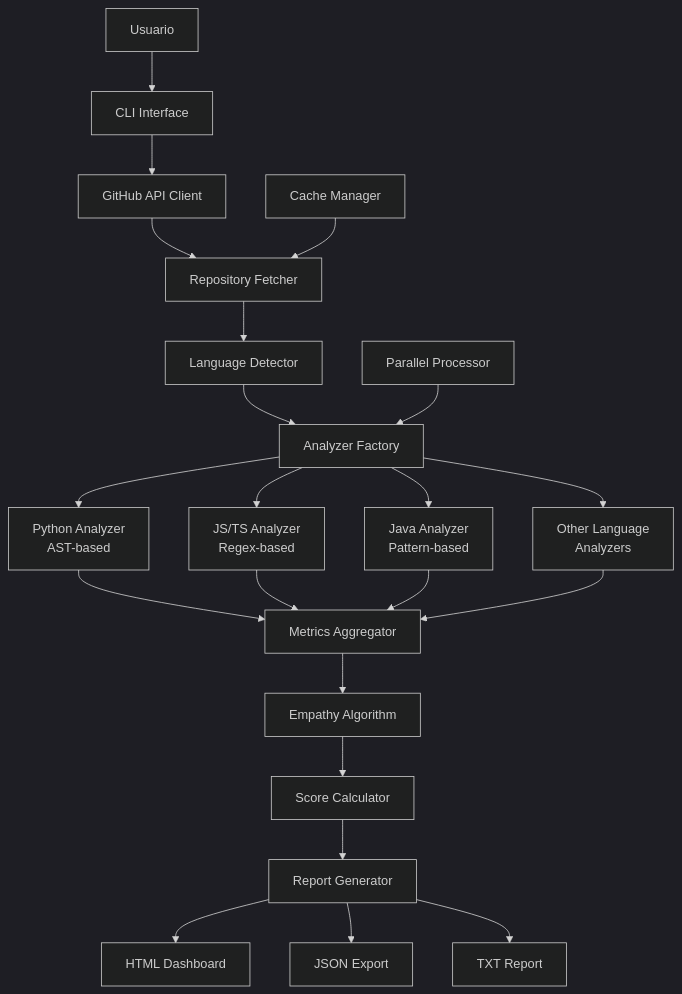
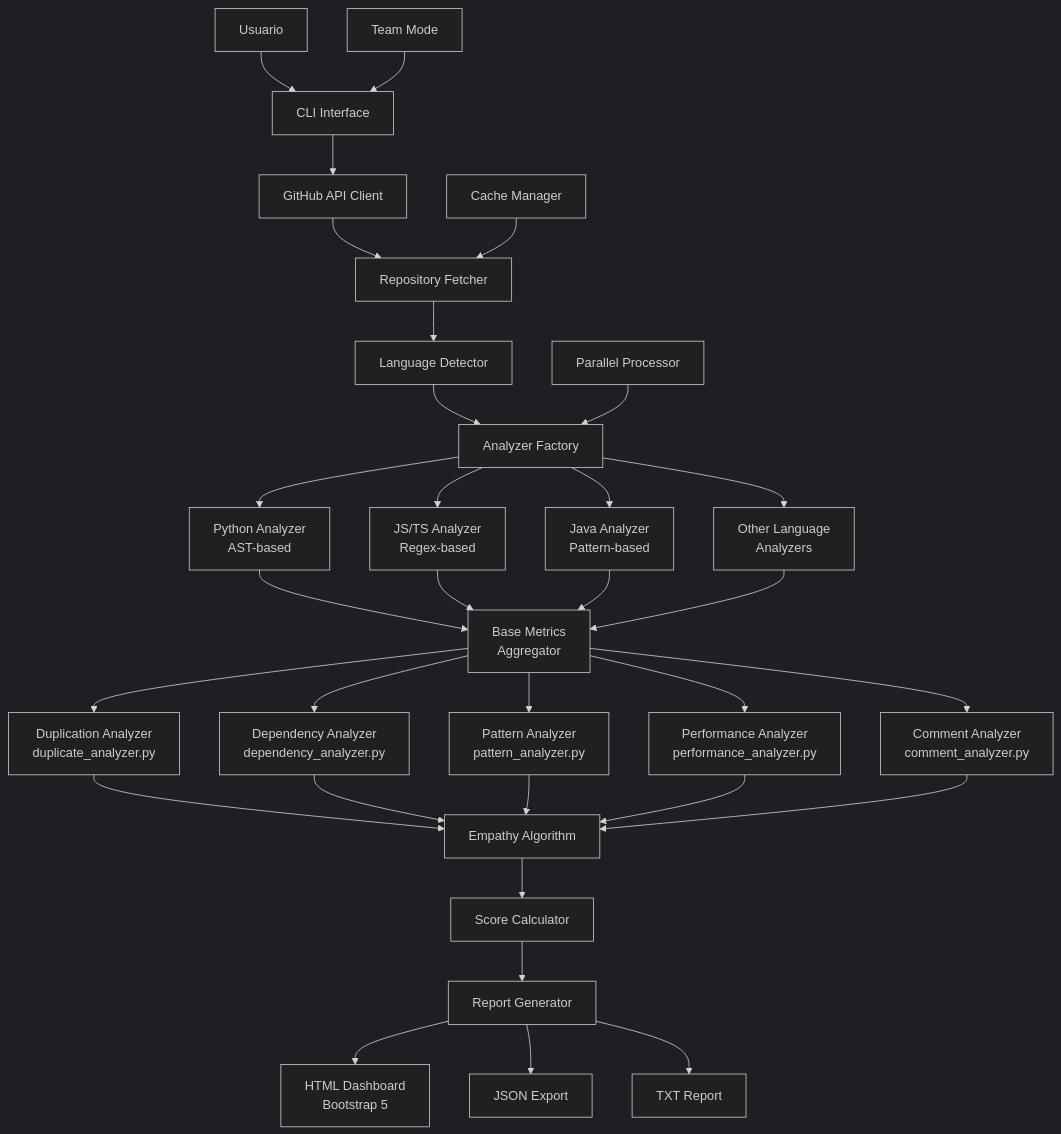
Before and after one commit to 686f6c61/Repo-Code-Empathizer: the first of 3 diagrams in README.md, drawn with Mermaid (dark theme). The commit also changed other lines of this file, not shown here.

````diff
--- a/README.md
+++ b/README.md
@@ -160,29 +296,41 @@
 ```mermaid
 graph TB
     A[Usuario] --> B[CLI Interface]
     B --> C[GitHub API Client]
     C --> D[Repository Fetcher]
     D --> E[Language Detector]
     E --> F[Analyzer Factory]
     
     F --> G[Python Analyzer<br/>AST-based]
     F --> H[JS/TS Analyzer<br/>Regex-based]
     F --> I[Java Analyzer<br/>Pattern-based]
     F --> J[Other Language<br/>Analyzers]
     
-    G --> K[Metrics Aggregator]
+    G --> K[Base Metrics<br/>Aggregator]
     H --> K
     I --> K
     J --> K
     
-    K --> L[Empathy Algorithm]
+    K --> K1[Duplication Analyzer<br/>duplicate_analyzer.py]
+    K --> K2[Dependency Analyzer<br/>dependency_analyzer.py]
+    K --> K3[Pattern Analyzer<br/>pattern_analyzer.py]
+    K --> K4[Performance Analyzer<br/>performance_analyzer.py]
+    K --> K5[Comment Analyzer<br/>comment_analyzer.py]
+    
+    K1 --> L[Empathy Algorithm]
+    K2 --> L
+    K3 --> L
+    K4 --> L
+    K5 --> L
+    
     L --> M[Score Calculator]
     M --> N[Report Generator]
     
-    N --> O[HTML Dashboard]
+    N --> O[HTML Dashboard<br/>Bootstrap 5]
     N --> P[JSON Export]
     N --> Q[TXT Report]
     
     R[Cache Manager] --> D
     S[Parallel Processor] --> F
+    T[Team Mode] --> B
 ```
````
